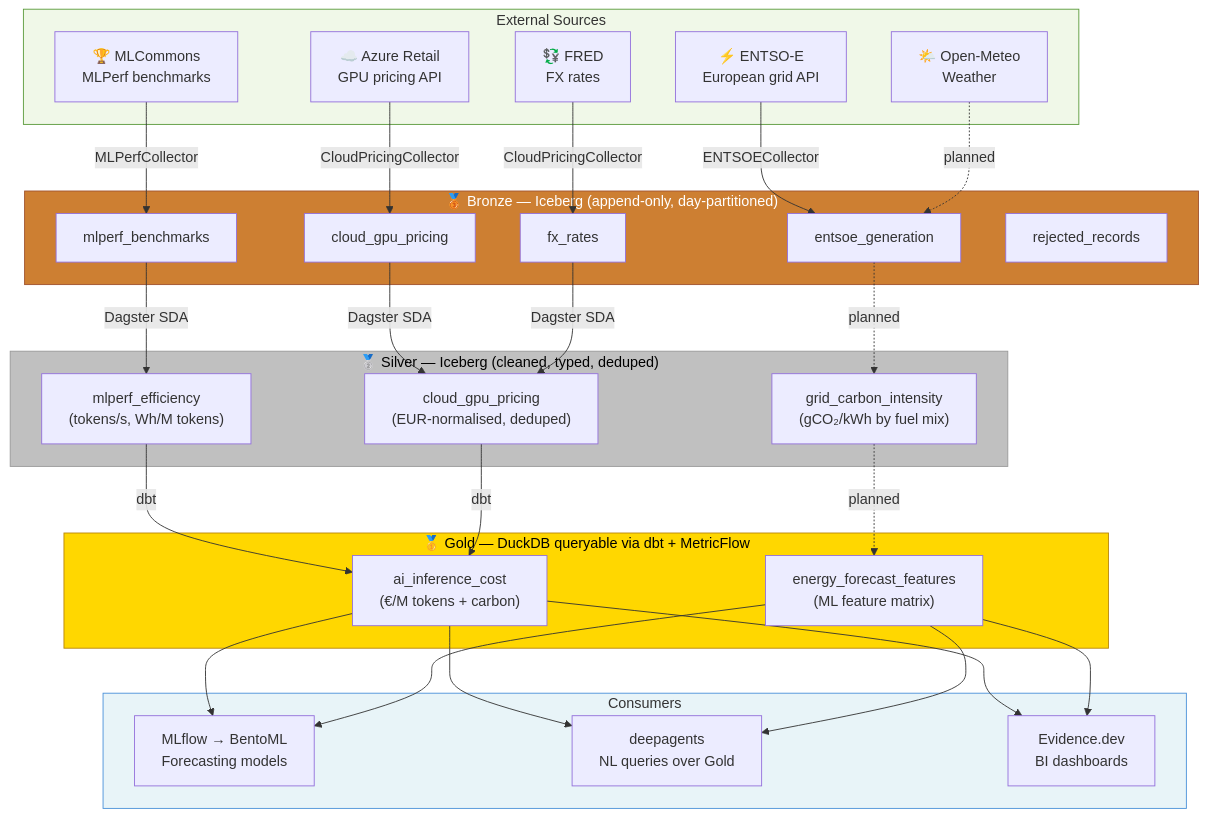
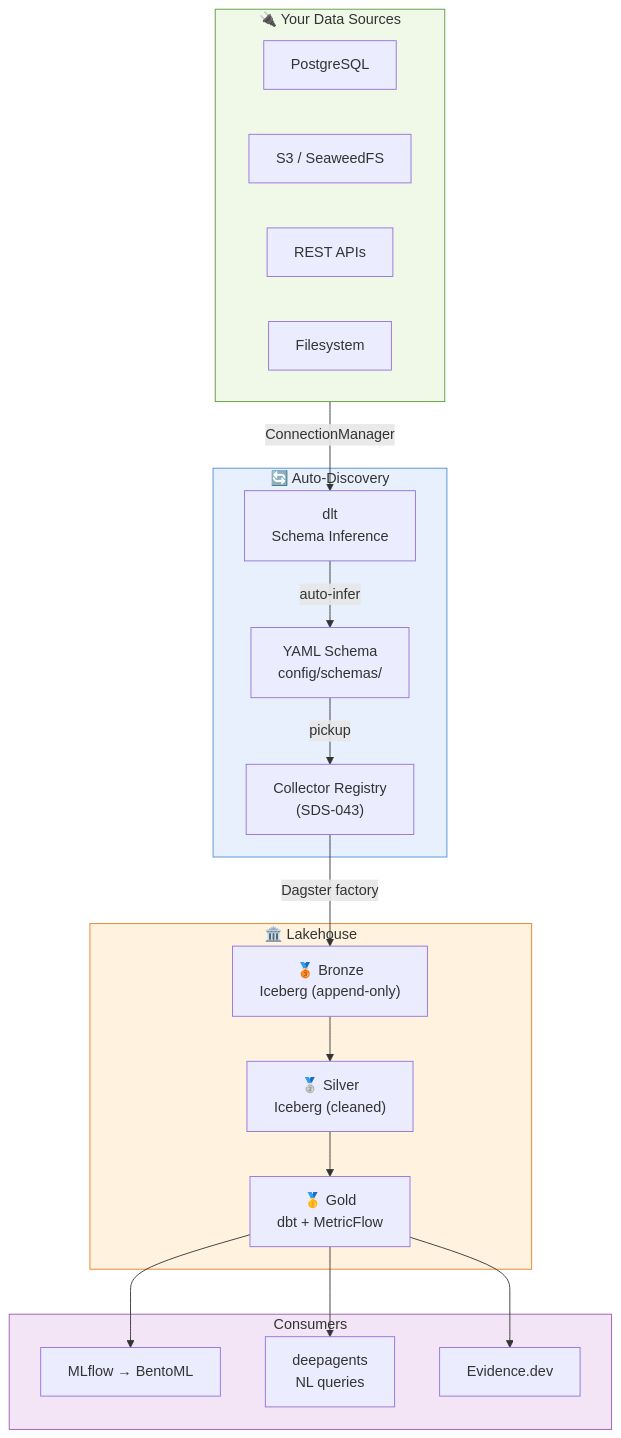
One commit to jrodeiro5/SoloDShouse changed the diagram in README.md. Above: the diagram before and after it, drawn with Mermaid. The commit also changed other lines of this file and 1 other file, not shown here.

````diff
--- a/README.md
+++ b/README.md
@@ -84,58 +45,42 @@
 ```mermaid
 flowchart TD
-    subgraph src["External Sources"]
-        E["⚡ ENTSO-E\nEuropean grid API"]
-        M["🏆 MLCommons\nMLPerf benchmarks"]
-        A["☁️ Azure Retail\nGPU pricing API"]
-        F["💱 FRED\nFX rates"]
-        W["🌤️ Open-Meteo\nWeather"]
+    subgraph you["🔌 Your Data Sources"]
+        PG["PostgreSQL"]
+        S3["S3 / SeaweedFS"]
+        REST["REST APIs"]
+        FS["Filesystem"]
     end
 
-    subgraph bronze["🥉 Bronze — Iceberg (append-only, day-partitioned)"]
-        B1["entsoe_generation"]
-        B2["mlperf_benchmarks"]
-        B3["cloud_gpu_pricing"]
-        B4["fx_rates"]
-        BR["rejected_records"]
+    subgraph auto["🔄 Auto-Discovery"]
+        DLT["dlt\nSchema Inference"]
+        YAML["YAML Schema\nconfig/schemas/"]
+        REG["Collector Registry\n(SDS-043)"]
     end
 
-    subgraph silver["🥈 Silver — Iceberg (cleaned, typed, deduped)"]
-        S1["mlperf_efficiency\n(tokens/s, Wh/M tokens)"]
-        S2["cloud_gpu_pricing\n(EUR-normalised, deduped)"]
-        S3["grid_carbon_intensity\n(gCO₂/kWh by fuel mix)"]
-    end
-
-    subgraph gold["🥇 Gold — DuckDB queryable via dbt + MetricFlow"]
-        G1["ai_inference_cost\n(€/M tokens + carbon)"]
-        G2["energy_forecast_features\n(ML feature matrix)"]
+    subgraph lakehouse["🏛️ Lakehouse"]
+        BR["🥉 Bronze\nIceberg (append-only)"]
+        AG["🥈 Silver\nIceberg (cleaned)"]
+        AU["🥇 Gold\ndbt + MetricFlow"]
     end
 
     subgraph consume["Consumers"]
-        ML["MLflow → BentoML\nForecasting models"]
-        AG["deepagents\nNL queries over Gold"]
-        BI["Evidence.dev\nBI dashboards"]
+        ML["MLflow → BentoML"]
+        AGT["deepagents\nNL queries"]
+        BI["Evidence.dev"]
     end
 
-    E -->|ENTSOECollector| B1
-    M -->|MLPerfCollector| B2
-    A -->|CloudPricingCollector| B3
-    F -->|CloudPricingCollector| B4
-    W -.->|planned| B1
+    you -->|ConnectionManager| DLT
+    DLT -->|auto-infer| YAML
+    YAML -->|pickup| REG
+    REG -->|Dagster factory| BR
+    BR --> AG
+    AG --> AU
+    AU --> ML
+    AU --> AGT
+    AU --> BI
 
-    B2 -->|Dagster SDA| S1
-    B3 & B4 -->|Dagster SDA| S2
-    B1 -.->|planned| S3
-
-    S1 & S2 -->|dbt| G1
-    S3 -.->|planned| G2
-
-    G1 & G2 --> ML
-    G1 & G2 --> AG
-    G1 & G2 --> BI
-
-    style bronze fill:#cd7f32,color:#fff,stroke:#a0522d
-    style silver fill:#c0c0c0,color:#000,stroke:#999
-    style gold fill:#ffd700,color:#000,stroke:#b8860b
-    style consume fill:#e8f4f8,stroke:#4a90d9
-    style src fill:#f0f8e8,stroke:#5a9a3a
+    style you fill:#f0f8e8,stroke:#5a9a3a
+    style auto fill:#e8f0fe,stroke:#4a90d9
+    style lakehouse fill:#fff3e0,stroke:#e67e22
+    style consume fill:#f3e5f5,stroke:#9b59b6
 ```
````
